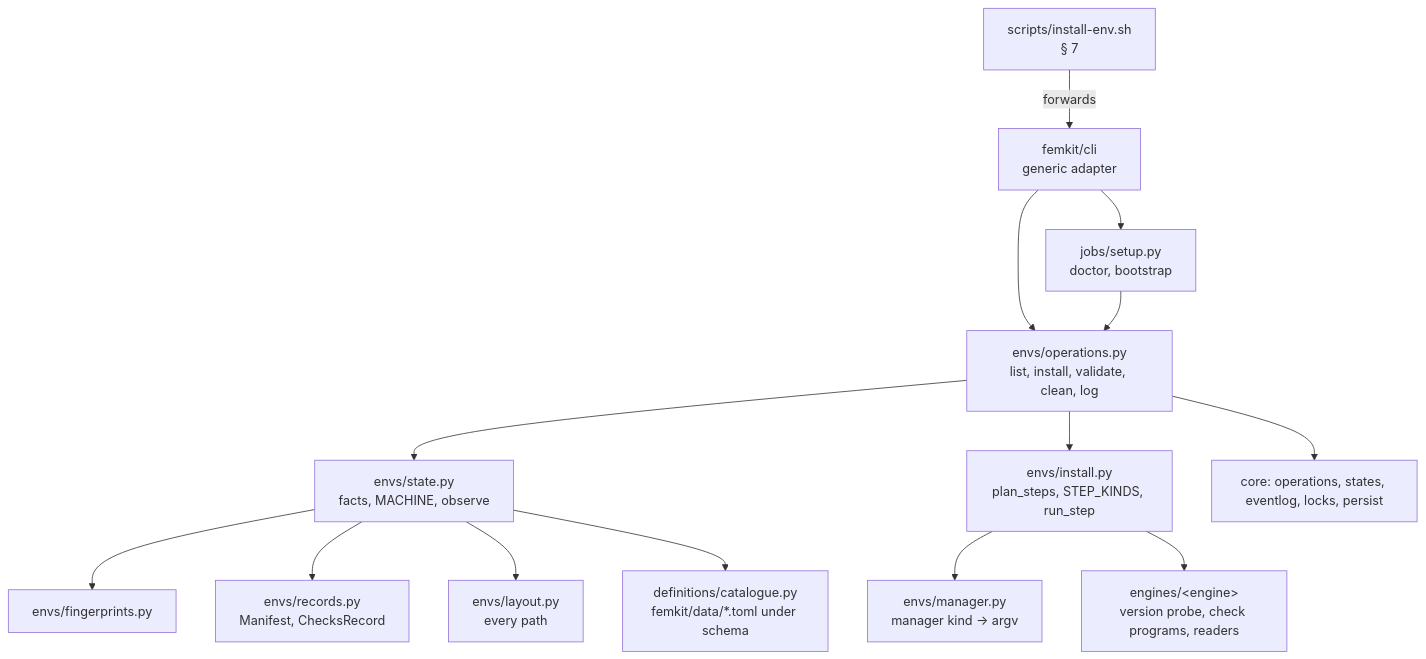
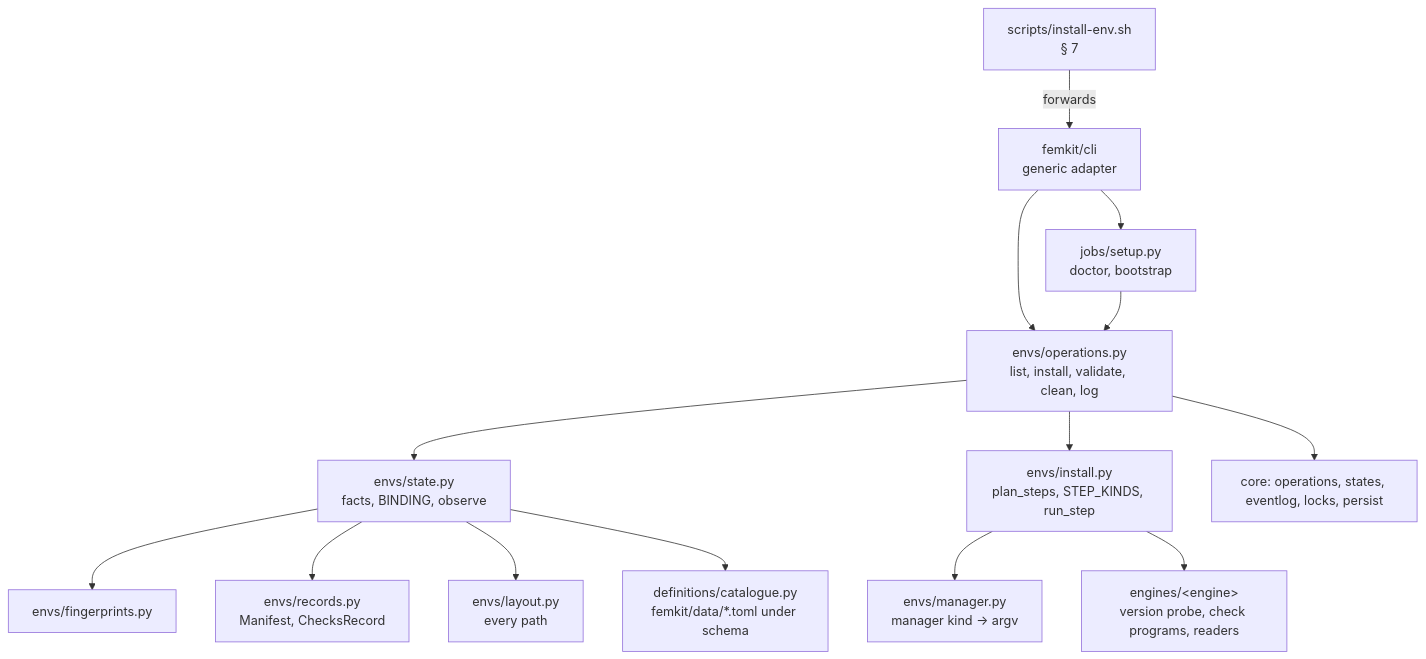
One commit to Qing-LAB/femkit changed diagram 11 of 11 in docs/contracts/envs.md. Above: the diagram before and after it, drawn with Mermaid. The commit also changed other lines of this file and 229 other files, not shown here.

````diff
--- a/docs/contracts/envs.md
+++ b/docs/contracts/envs.md
@@ -786,16 +798,16 @@
 ```mermaid
 flowchart TD
     sh["scripts/install-env.sh<br/>§ 7"] -->|forwards| cli["femkit/cli<br/>generic adapter"]
     cli --> ops["envs/operations.py<br/>list, install, validate, clean, log"]
     cli --> setup["jobs/setup.py<br/>doctor, bootstrap"]
     setup --> ops
-    ops --> state["envs/state.py<br/>facts, MACHINE, observe"]
+    ops --> state["envs/state.py<br/>facts, BINDING, observe"]
     ops --> inst["envs/install.py<br/>plan_steps, STEP_KINDS, run_step"]
     state --> fp["envs/fingerprints.py"]
     state --> rec["envs/records.py<br/>Manifest, ChecksRecord"]
     state --> lay["envs/layout.py<br/>every path"]
     inst --> mgr["envs/manager.py<br/>manager kind → argv"]
     inst --> eng["engines/&lt;engine&gt;<br/>version probe, check programs, readers"]
     state --> cat["definitions/catalogue.py<br/>femkit/data/*.toml under schema"]
     ops --> core["core: operations, states, eventlog, locks, persist"]
 ```
````
